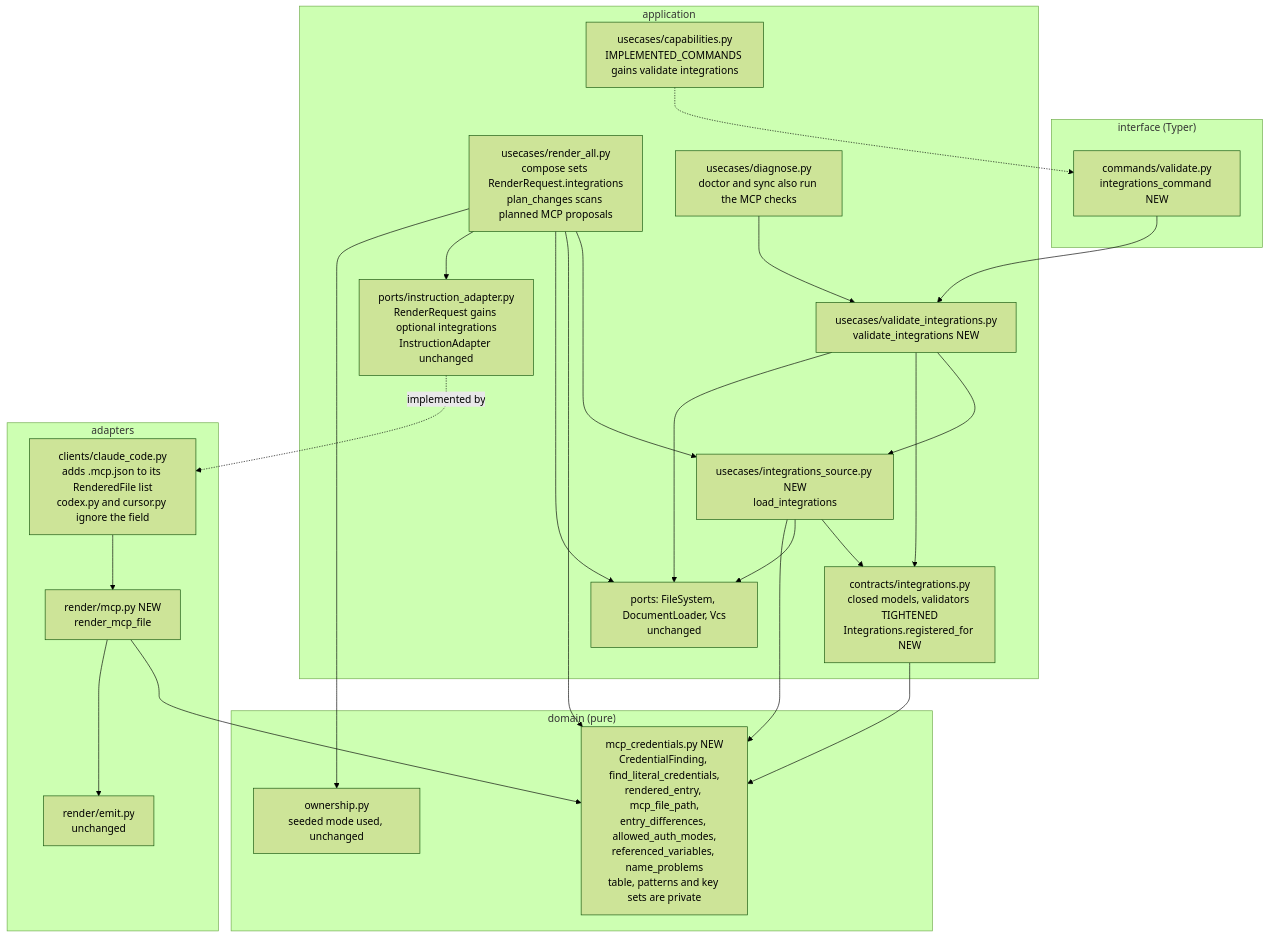
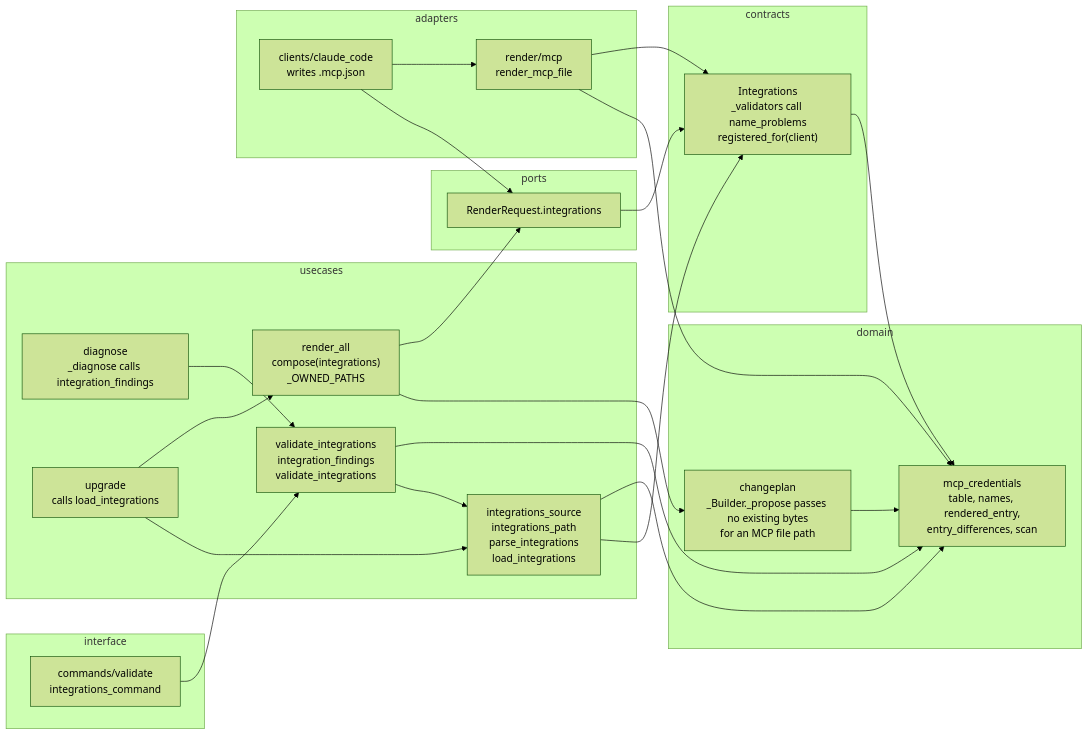
Before and after one commit to tmishari/orqlet: the diagram in docs/design/mcp-or-plugins/design/component.md, drawn with Mermaid (forest theme). The commit also changed other lines of this file and 12 other files, not shown here.

````diff
--- a/docs/design/mcp-or-plugins/design/component.md
+++ b/docs/design/mcp-or-plugins/design/component.md
@@ -3,45 +5,45 @@
 ```mermaid
-flowchart TB
-  subgraph interface["interface (Typer)"]
-    cmd["commands/validate.py<br/>integrations_command NEW"]
+flowchart LR
+  subgraph domain
+    mc["mcp_credentials<br/>table, names, rendered_entry,<br/>entry_differences, scan"]
+    cp["changeplan<br/>_Builder._propose passes no existing bytes<br/>for an MCP file path"]
   end
-  subgraph application["application"]
-    cap["usecases/capabilities.py<br/>IMPLEMENTED_COMMANDS gains validate integrations"]
-    uc["usecases/validate_integrations.py<br/>validate_integrations NEW"]
-    src["usecases/integrations_source.py NEW<br/>load_integrations"]
-    ra["usecases/render_all.py<br/>compose sets RenderRequest.integrations<br/>plan_changes scans planned MCP proposals"]
-    dg["usecases/diagnose.py<br/>doctor and sync also run the MCP checks"]
-    ct["contracts/integrations.py<br/>closed models, validators TIGHTENED<br/>Integrations.registered_for NEW"]
-    port["ports/instruction_adapter.py<br/>RenderRequest gains optional integrations<br/>InstructionAdapter unchanged"]
-    pt["ports: FileSystem, DocumentLoader, Vcs<br/>unchanged"]
+  subgraph contracts
+    ig["Integrations<br/>_validators call name_problems<br/>registered_for(client)"]
   end
-  subgraph domain["domain (pure)"]
-    mc["mcp_credentials.py NEW<br/>CredentialFinding, find_literal_credentials,<br/>rendered_entry, mcp_file_path,<br/>entry_differences, allowed_auth_modes,<br/>referenced_variables, name_problems<br/>table, patterns and key sets are private"]
-    ow["ownership.py<br/>seeded mode used, unchanged"]
+  subgraph usecases
+    ls["integrations_source<br/>integrations_path<br/>parse_integrations<br/>load_integrations"]
+    vi["validate_integrations<br/>integration_findings<br/>validate_integrations"]
+    ra["render_all<br/>compose(integrations)<br/>_OWNED_PATHS"]
+    dg["diagnose<br/>_diagnose calls integration_findings"]
+    up["upgrade<br/>calls load_integrations"]
   end
-  subgraph adapters["adapters"]
-    rm["render/mcp.py NEW<br/>render_mcp_file"]
-    ca["clients/claude_code.py<br/>adds .mcp.json to its RenderedFile list<br/>codex.py and cursor.py ignore the field"]
-    em["render/emit.py<br/>unchanged"]
+  subgraph ports
+    rr["RenderRequest.integrations"]
+  end
+  subgraph adapters
+    rm["render/mcp<br/>render_mcp_file"]
+    cc["clients/claude_code<br/>writes .mcp.json"]
+  end
+  subgraph interface
+    cm["commands/validate<br/>integrations_command"]
   end
 
-  cmd --> uc
-  cap -.-> cmd
-  uc --> src
-  uc --> ct
-  uc --> pt
-  dg --> uc
-  ra --> src
-  ra --> mc
-  ra --> pt
-  src --> ct
-  src --> pt
-  src --> mc
-  ct --> mc
-  ra --> port
-  port -. "implemented by" .-> ca
-  ca --> rm
+  ig --> mc
+  ls --> ig
+  ls --> mc
+  vi --> ls
+  vi --> mc
+  dg --> vi
+  cm --> vi
+  up --> ls
+  up --> ra
+  ra --> cp
+  cp --> mc
+  ra --> rr
+  cc --> rr
+  cc --> rm
   rm --> mc
-  rm --> em
-  ra --> ow
+  rm --> ig
+  rr --> ig
 ```
````
